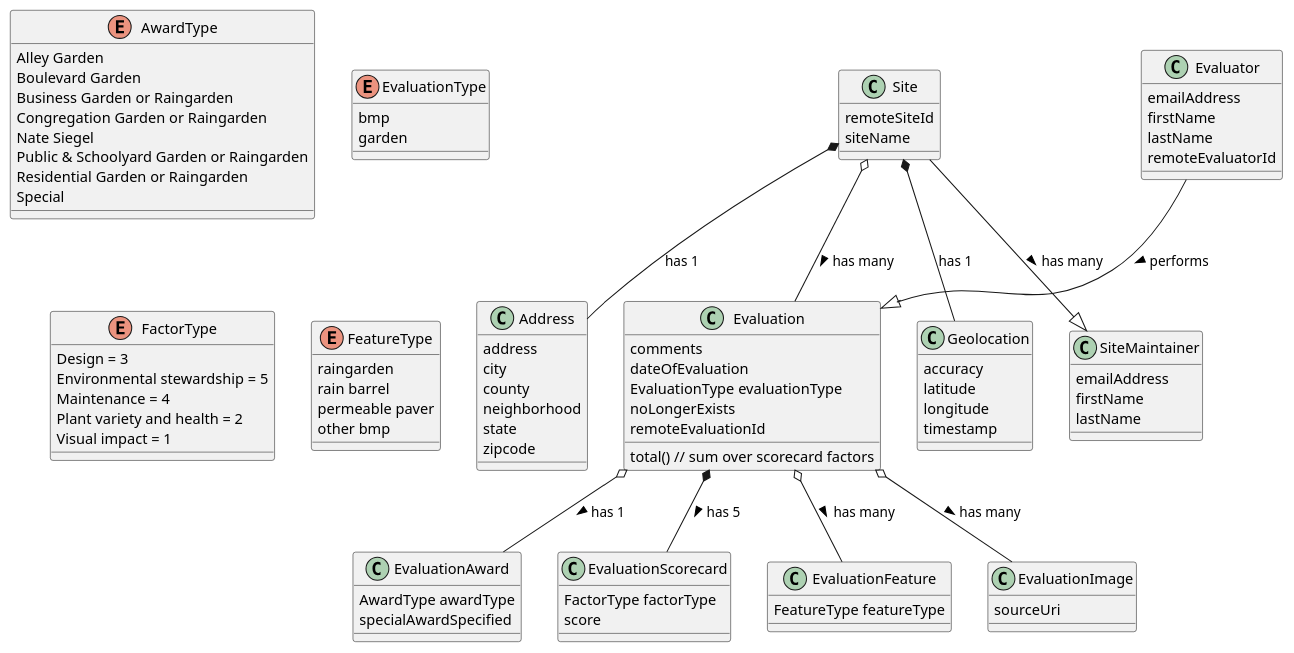
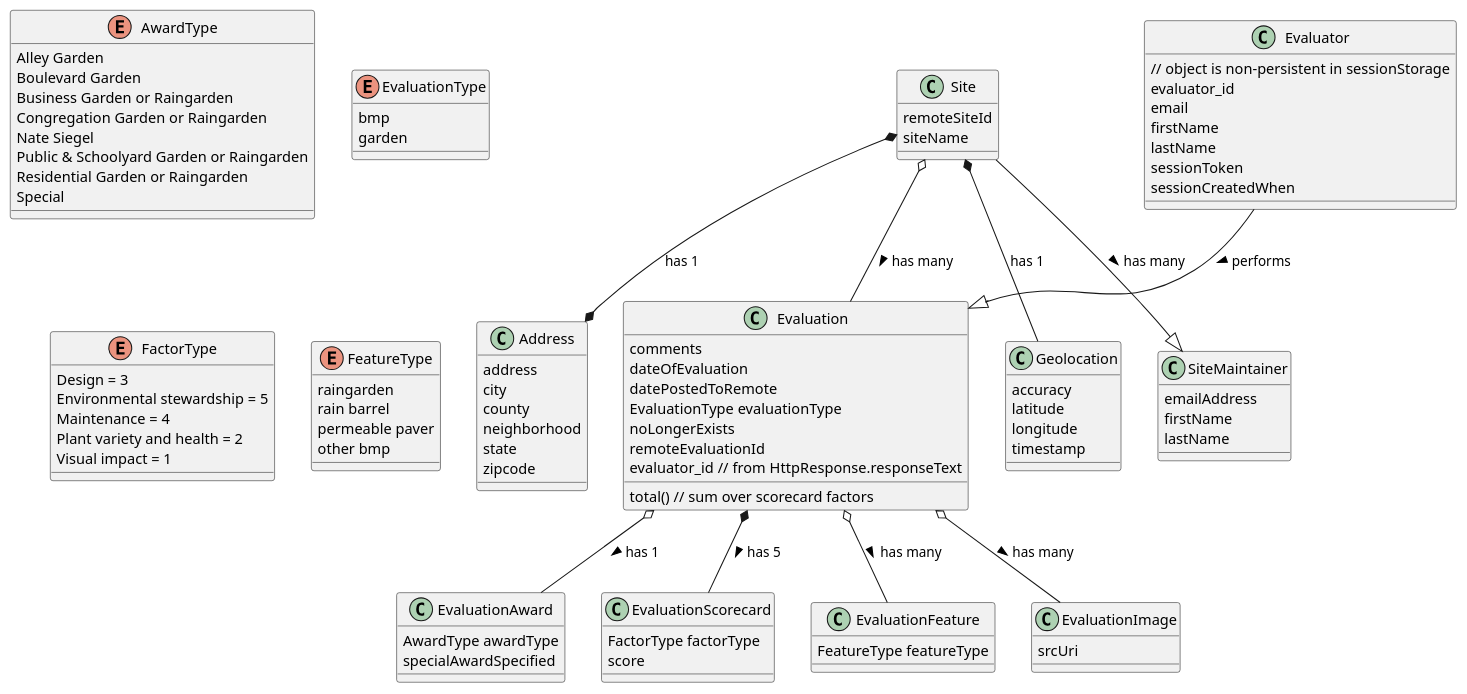
One commit to MetroBlooms/evaluate-it changed the diagram in app/model/evaluate-it.puml. Above: the diagram before and after it, drawn with PlantUML. The commit also changed 11 other files, not shown here.

```diff
--- a/app/model/evaluate-it.puml
+++ b/app/model/evaluate-it.puml
@@ -1,106 +1,111 @@
 @startuml
 
     class Address {
         address
         city
         county
         neighborhood
         state
         zipcode
     }
 
     class Evaluation {
         comments
         dateOfEvaluation
+        datePostedToRemote
         EvaluationType evaluationType
         noLongerExists
         remoteEvaluationId
+        evaluator_id // from HttpResponse.responseText
         total() // sum over scorecard factors
     }
 
     class EvaluationAward {
         AwardType awardType
         specialAwardSpecified
     }
 
     class EvaluationScorecard {
         FactorType factorType
         score
     }
 
     class EvaluationFeature {
         FeatureType featureType
     }
 
     class EvaluationImage {
-        sourceUri
+        srcUri
     }
 
     class Evaluator {
-        emailAddress
+        // object is non-persistent in sessionStorage
+        evaluator_id
+        email
         firstName
         lastName
-        remoteEvaluatorId
+        sessionToken
+        sessionCreatedWhen
     }
 
     class Geolocation {
        accuracy
        latitude
        longitude
        timestamp
     }
 
     class Site {
         remoteSiteId
         siteName
     }
 
     class SiteMaintainer {
         emailAddress
         firstName
         lastName
     }
 
     enum AwardType {
         Alley Garden
         Boulevard Garden
         Business Garden or Raingarden
         Congregation Garden or Raingarden
         Nate Siegel
         Public & Schoolyard Garden or Raingarden
         Residential Garden or Raingarden
         Special
     }
 
     enum EvaluationType {
         bmp
         garden
     }
 
     enum FactorType {
         Design = 3
         Environmental stewardship = 5
         Maintenance = 4
         Plant variety and health = 2
         Visual impact = 1
     }
 
     enum FeatureType {
         raingarden
         rain barrel
         permeable paver
         other bmp
     }
 
-    Site  *--  Address : has 1
+    Site  *--*  Address : has 1
     Site  o--  Evaluation : has many >
     Site  *--  Geolocation : has 1
     Site  --|> SiteMaintainer : has many >
 
     Evaluation  o-- EvaluationAward : has 1 >
     Evaluation  *-- EvaluationScorecard : has 5 >
     Evaluation  o-- EvaluationFeature : has many >
     Evaluation  o-- EvaluationImage: has many >
     Evaluator  --|>  Evaluation : performs >
 
 @enduml
```
